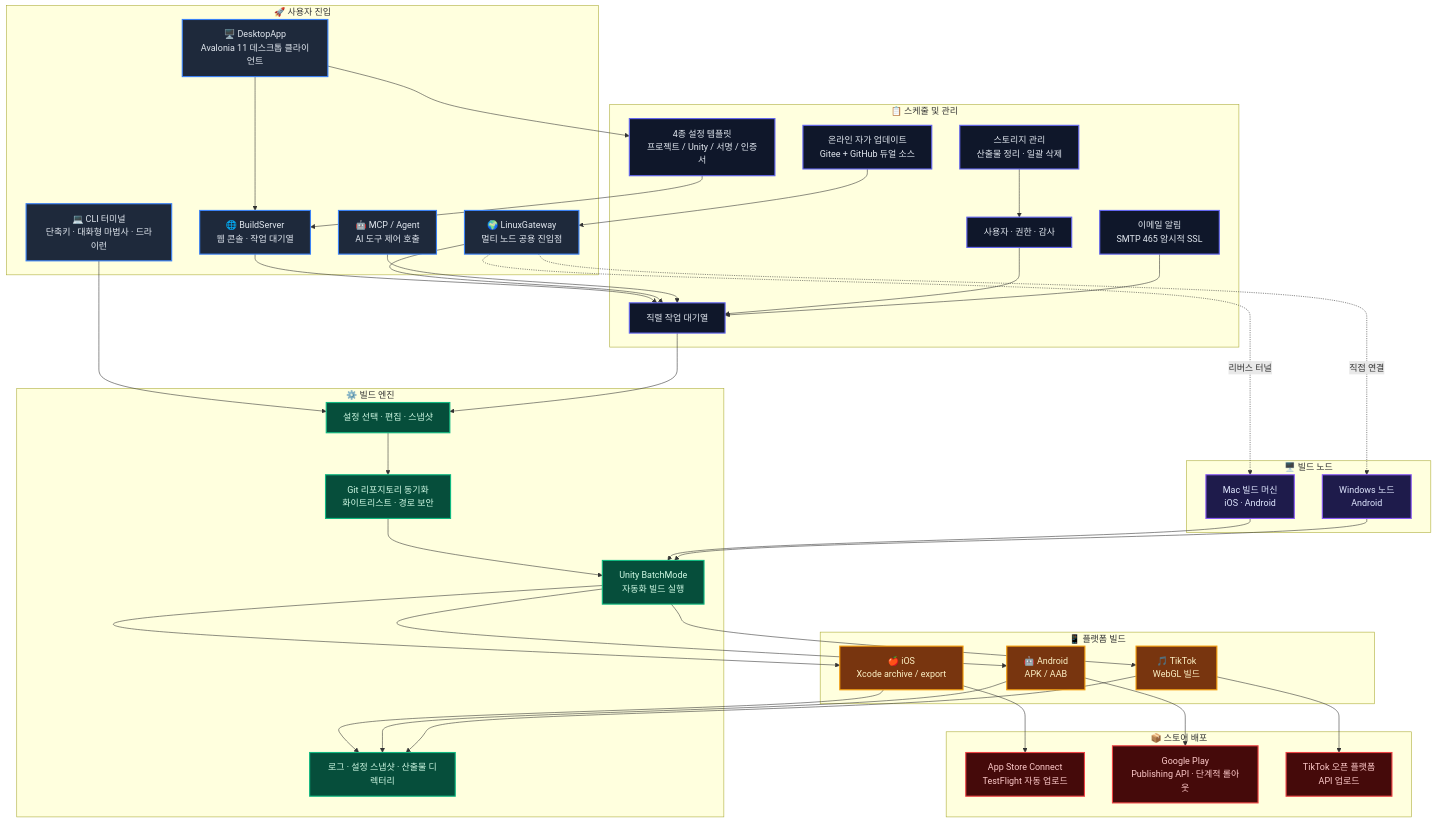
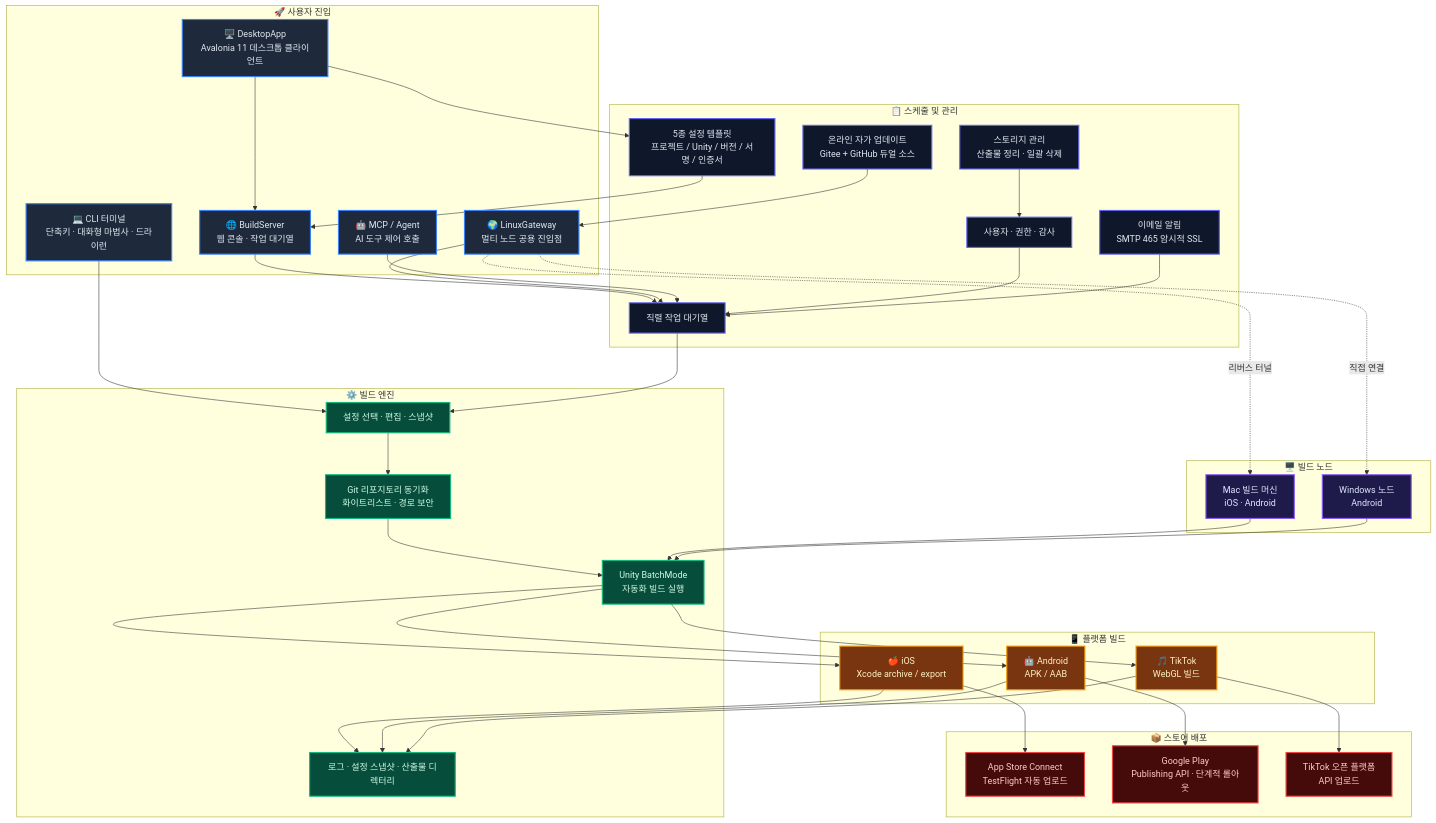
Before and after one commit to chenfengyimei/AutomationUnityBuild: the diagram in README.ko.md, drawn with Mermaid. The commit also changed other lines of this file and 6 other files, not shown here.

```diff
--- a/README.ko.md
+++ b/README.ko.md
@@ -128,7 +160,7 @@
         Auth["사용자 · 권한 · 감사"]
         Email["이메일 알림<br/>SMTP 465 암시적 SSL"]
         Storage["스토리지 관리<br/>산출물 정리 · 일괄 삭제"]
-        Templates["4종 설정 템플릿<br/>프로젝트 / Unity / 서명 / 인증서"]
+        Templates["5종 설정 템플릿<br/>프로젝트 / Unity / 버전 / 서명 / 인증서"]
         AutoUpdate["온라인 자가 업데이트<br/>Gitee + GitHub 듀얼 소스"]
     end
 
```
